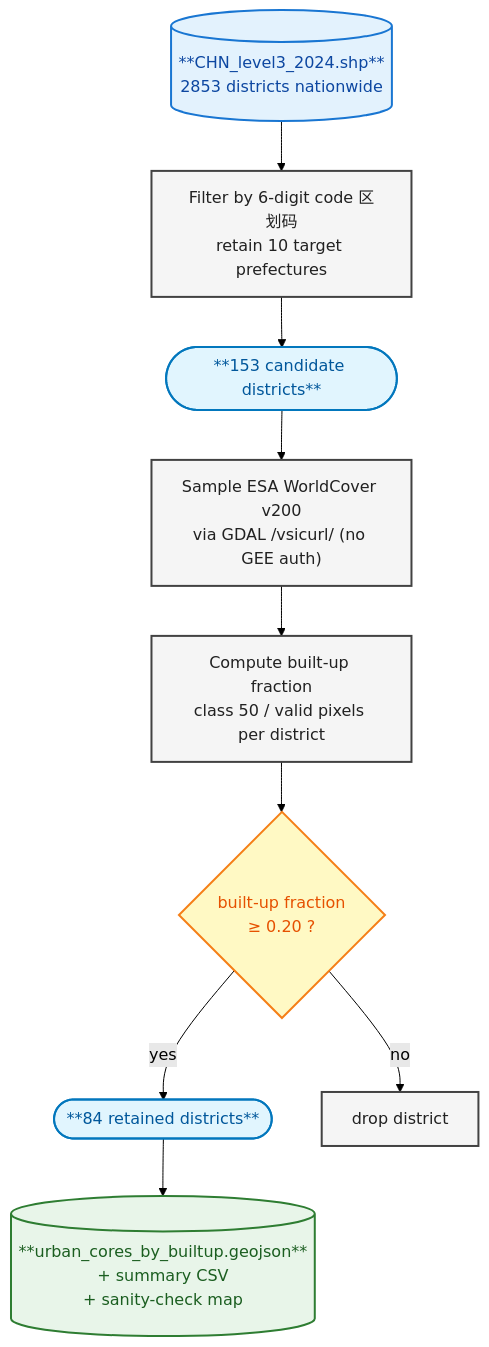
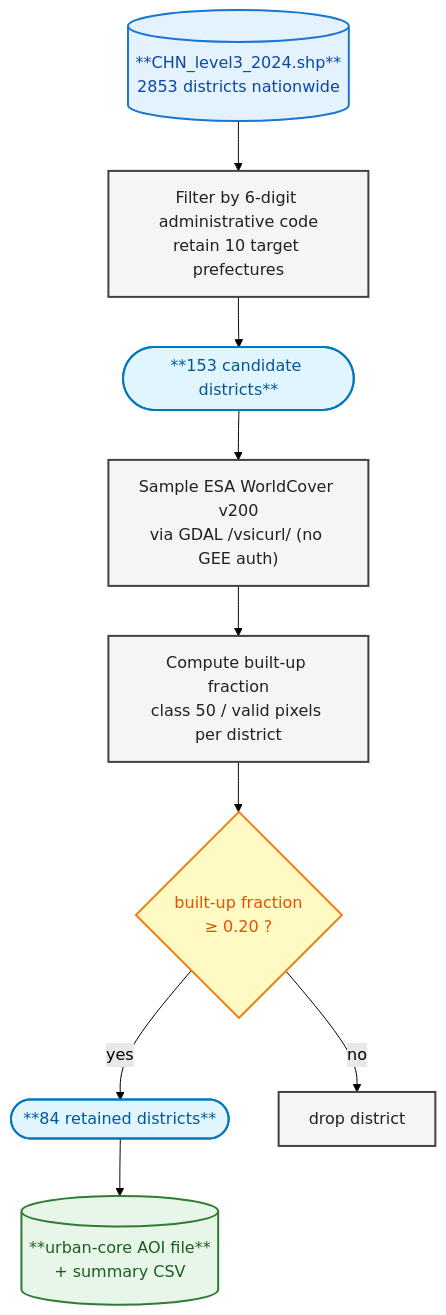
The second of 7 diagrams in README.md (Entao21/0069_coursework), drawn with Mermaid (forest theme) before and after one commit. The commit also changed other lines of this file and 2 other files, not shown here.

````diff
--- a/README.md
+++ b/README.md
@@ -213,24 +218,24 @@
 ```mermaid
 flowchart TB
     A[("**CHN_level3_2024.shp**<br/>2853 districts nationwide")]
-    A --> B["Filter by 6-digit code 区划码<br/>retain 10 target prefectures"]
+    A --> B["Filter by 6-digit administrative code<br/>retain 10 target prefectures"]
     B --> C(["**153 candidate districts**"])
     C --> D["Sample ESA WorldCover v200<br/>via GDAL /vsicurl/ (no GEE auth)"]
     D --> E["Compute built-up fraction<br/>class 50 / valid pixels per district"]
     E --> F{"built-up fraction<br/>≥ 0.20 ?"}
     F -- yes --> G(["**84 retained districts**"])
     F -- no --> X["drop district"]
-    G --> O[("**urban_cores_by_builtup.geojson**<br/>+ summary CSV<br/>+ sanity-check map")]
+    G --> O[("**urban-core AOI file**<br/>+ summary CSV")]
 
     classDef input fill:#E3F2FD,stroke:#1976D2,stroke-width:2px,color:#0D47A1
     classDef process fill:#F5F5F5,stroke:#424242,stroke-width:2px,color:#212121
     classDef decision fill:#FFF9C4,stroke:#F57F17,stroke-width:2px,color:#E65100
     classDef interim fill:#E1F5FE,stroke:#0277BD,stroke-width:2px,color:#01579B
     classDef output fill:#E8F5E9,stroke:#2E7D32,stroke-width:2px,color:#1B5E20
 
     class A input
     class B,D,E,X process
     class C,G interim
     class F decision
     class O output
 ```
````
